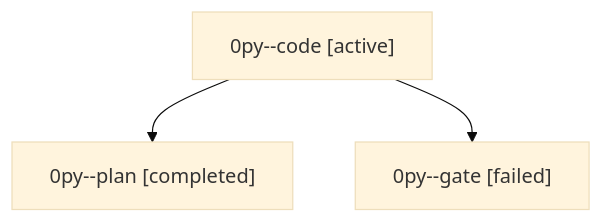
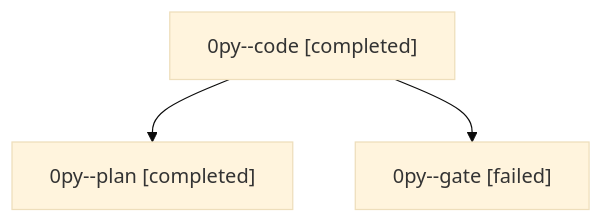
Before and after one commit to sase-org/sase--agents: the diagram in families/bbugyi200.athena.0py.md, drawn with Mermaid (base theme). The commit also changed other lines of this file and 2445 other files, not shown here.

````diff
--- a/families/bbugyi200.athena.0py.md
+++ b/families/bbugyi200.athena.0py.md
@@ -9,8 +9,8 @@
 ```mermaid
 flowchart TD
-  n0["0py--code [active]"]
+  n0["0py--code [completed]"]
   n1["0py--plan [completed]"]
   n0 --> n1
   n2["0py--gate [failed]"]
   n0 --> n2
 ```
````
